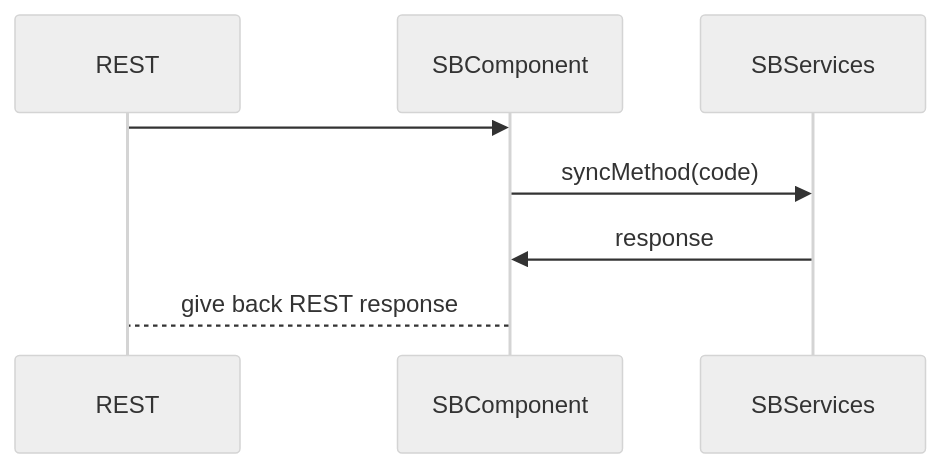
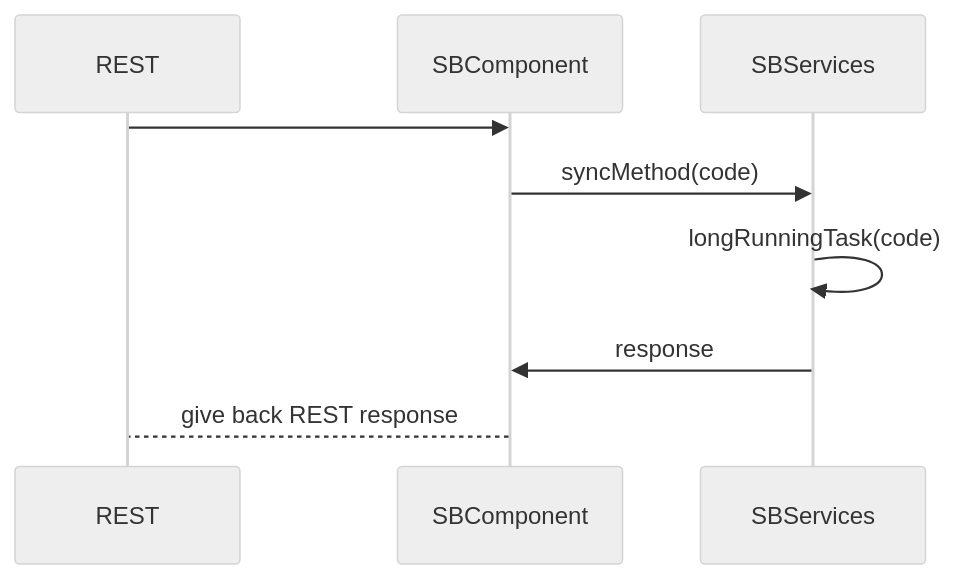
The second of 2 diagrams in spring-boot-async-process-test/README.md (petete-dev/playground), drawn with Mermaid (neutral theme) before and after one commit. The commit also changed other lines of this file, not shown here.

Commit message:
Fix mermaid sequenceDiagram

````diff
--- a/spring-boot-async-process-test/README.md
+++ b/spring-boot-async-process-test/README.md
@@ -16,7 +18,8 @@
 ```mermaid
 sequenceDiagram
 REST->>SBComponent: 
 SBComponent->>SBServices: syncMethod(code)
+SBServices->>SBServices: longRunningTask(code)
 SBServices->>SBComponent: response
 SBComponent-->REST: give back REST response
 ```
````
